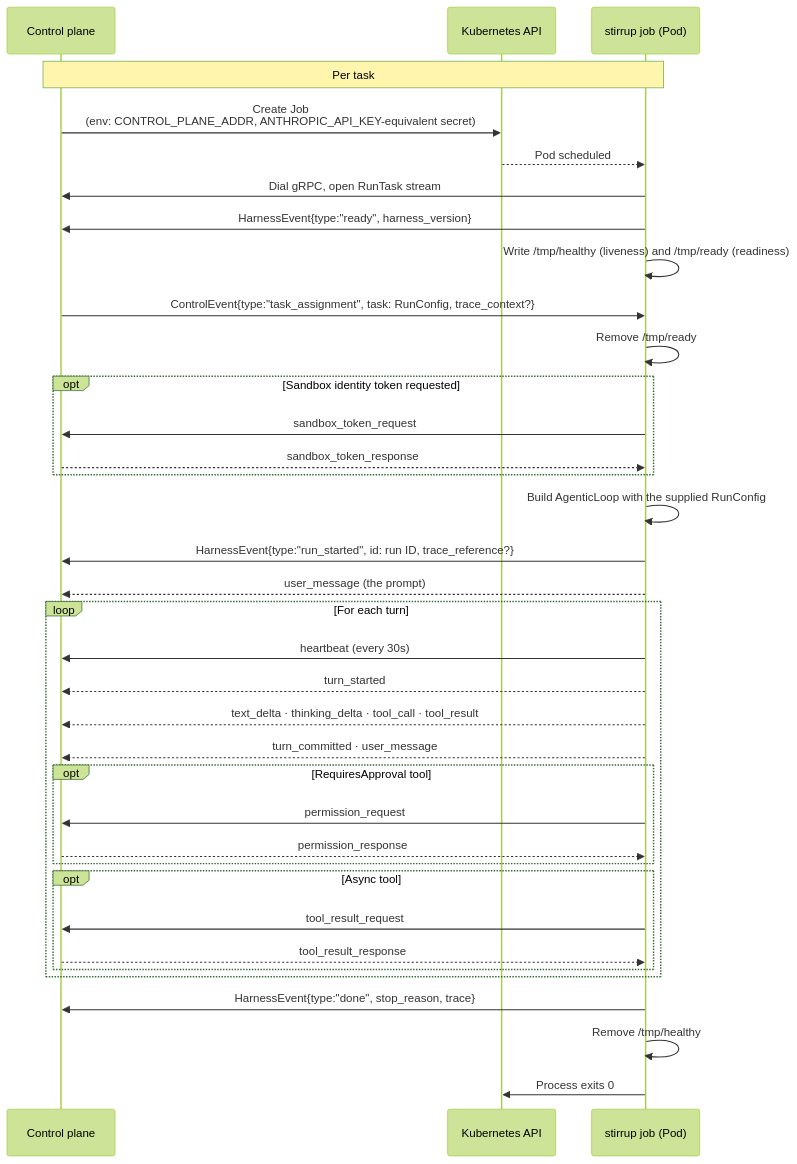
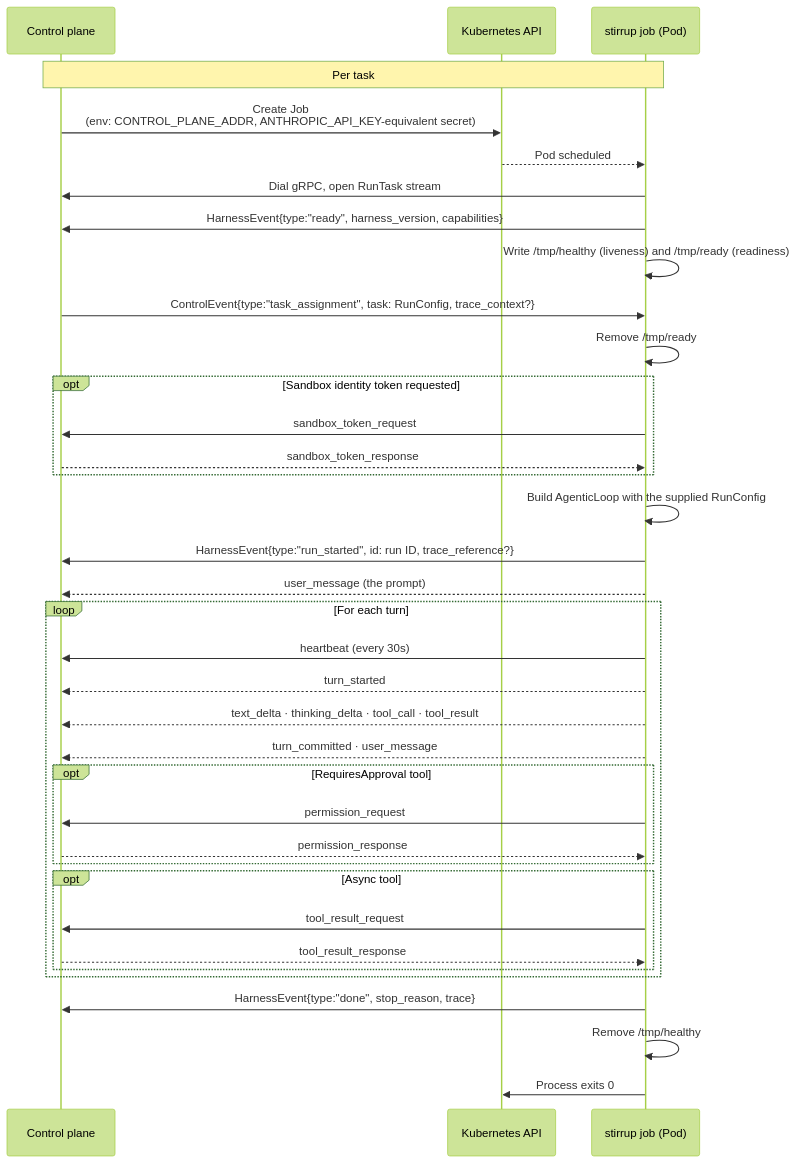
One commit to rxbynerd/stirrup changed the diagram in docs/deployment.md. Above: the diagram before and after it, drawn with Mermaid (forest theme). The commit also changed other lines of this file and 13 other files, not shown here.

First line of the commit message:
proto, transport: advertise contract capabilities on ready

````diff
--- a/docs/deployment.md
+++ b/docs/deployment.md
@@ -11,38 +11,38 @@
 ```mermaid
 sequenceDiagram
     participant CP as Control plane
     participant K as Kubernetes API
     participant H as stirrup job (Pod)
     Note over CP,H: Per task
     CP->>K: Create Job<br/>(env: CONTROL_PLANE_ADDR, ANTHROPIC_API_KEY-equivalent secret)
     K-->>H: Pod scheduled
     H->>CP: Dial gRPC, open RunTask stream
-    H->>CP: HarnessEvent{type:"ready", harness_version}
+    H->>CP: HarnessEvent{type:"ready", harness_version, capabilities}
     H->>H: Write /tmp/healthy (liveness) and /tmp/ready (readiness)
     CP->>H: ControlEvent{type:"task_assignment", task: RunConfig, trace_context?}
     H->>H: Remove /tmp/ready
     opt Sandbox identity token requested
         H->>CP: sandbox_token_request
         CP-->>H: sandbox_token_response
     end
     H->>H: Build AgenticLoop with the supplied RunConfig
     H->>CP: HarnessEvent{type:"run_started", id: run ID, trace_reference?}
     H-->>CP: user_message (the prompt)
     loop For each turn
         H->>CP: heartbeat (every 30s)
         H-->>CP: turn_started
         H-->>CP: text_delta · thinking_delta · tool_call · tool_result
         H-->>CP: turn_committed · user_message
         opt RequiresApproval tool
             H->>CP: permission_request
             CP-->>H: permission_response
         end
         opt Async tool
             H->>CP: tool_result_request
             CP-->>H: tool_result_response
         end
     end
     H->>CP: HarnessEvent{type:"done", stop_reason, trace}
     H->>H: Remove /tmp/healthy
     H->>K: Process exits 0
 ```
````
